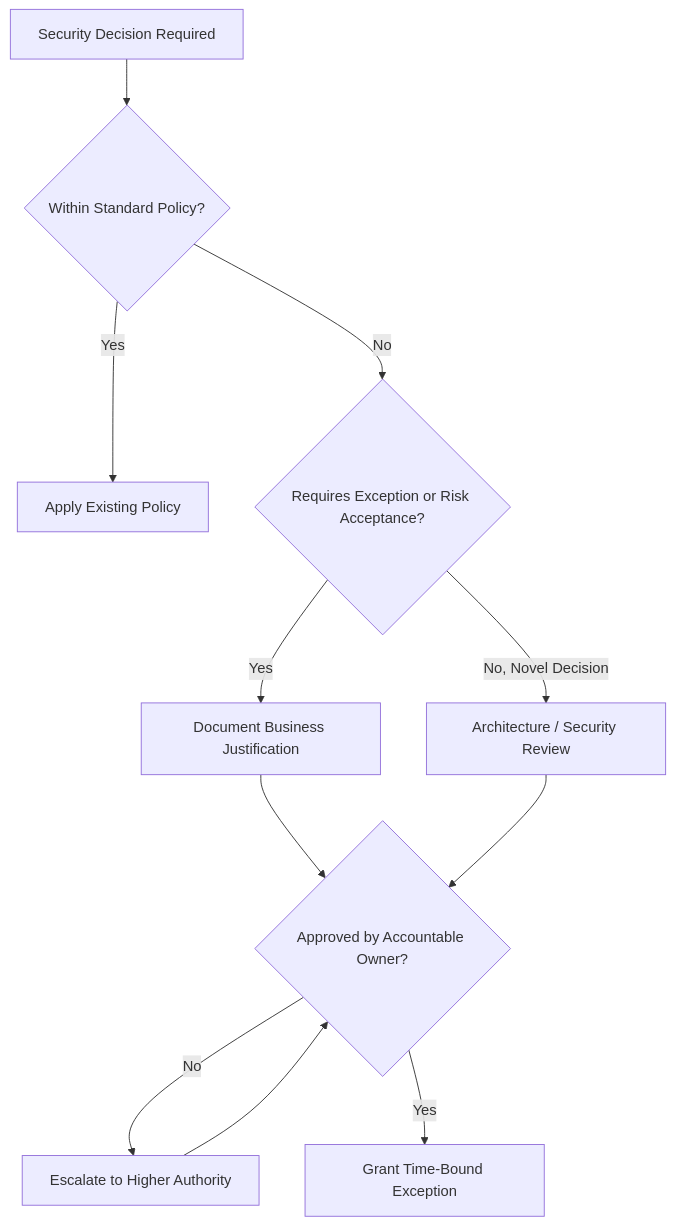
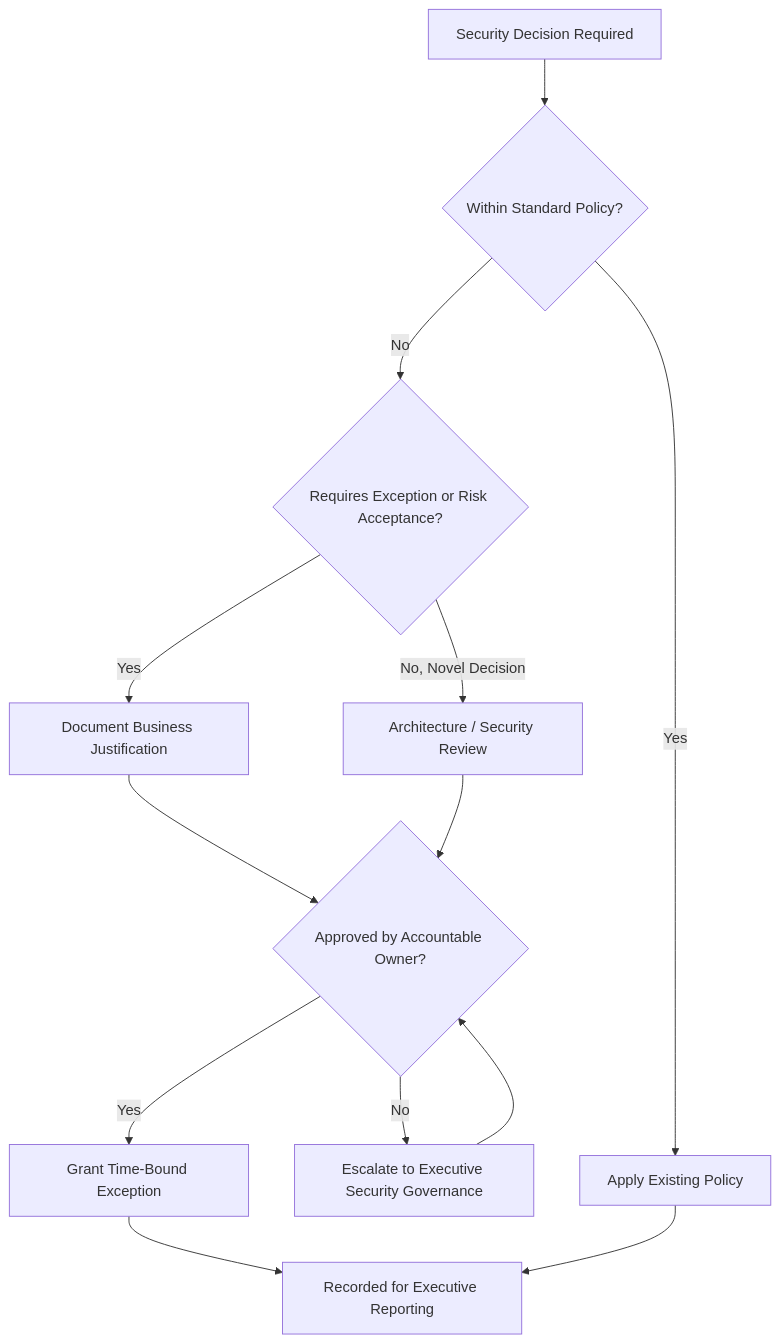
The fourth of 6 diagrams in 06_Security/security-governance.md (MojammelJoy/StackLeo-Tech-Store), drawn with Mermaid before and after one commit. The commit also changed other lines of this file and 37 other files, not shown here.

````diff
--- a/06_Security/security-governance.md
+++ b/06_Security/security-governance.md
@@ -155,13 +393,15 @@
 ```mermaid
 flowchart TD
-    Decision2[Security Decision Required] --> Scope4{Within Standard Policy?}
-    Scope4 -->|Yes| Apply[Apply Existing Policy]
-    Scope4 -->|No| Review13{Requires Exception or Risk Acceptance?}
-    Review13 -->|Yes| Justify3[Document Business Justification]
-    Justify3 --> Approve3{Approved by Accountable Owner?}
-    Approve3 -->|No| Escalate13[Escalate to Higher Authority]
-    Approve3 -->|Yes| Grant4[Grant Time-Bound Exception]
-    Review13 -->|No, Novel Decision| ArchReview[Architecture / Security Review]
-    ArchReview --> Approve3
-    Escalate13 --> Approve3
+    Decision4[Security Decision Required] --> Scope5{Within Standard Policy?}
+    Scope5 -->|Yes| Apply2[Apply Existing Policy]
+    Scope5 -->|No| Review15{Requires Exception or Risk Acceptance?}
+    Review15 -->|Yes| Justify4[Document Business Justification]
+    Justify4 --> Approve5{Approved by Accountable Owner?}
+    Approve5 -->|No| Escalate14[Escalate to Executive Security Governance]
+    Approve5 -->|Yes| Grant5[Grant Time-Bound Exception]
+    Review15 -->|No, Novel Decision| ArchReview2[Architecture / Security Review]
+    ArchReview2 --> Approve5
+    Escalate14 --> Approve5
+    Grant5 --> Report3[Recorded for Executive Reporting]
+    Apply2 --> Report3
 ```
````
